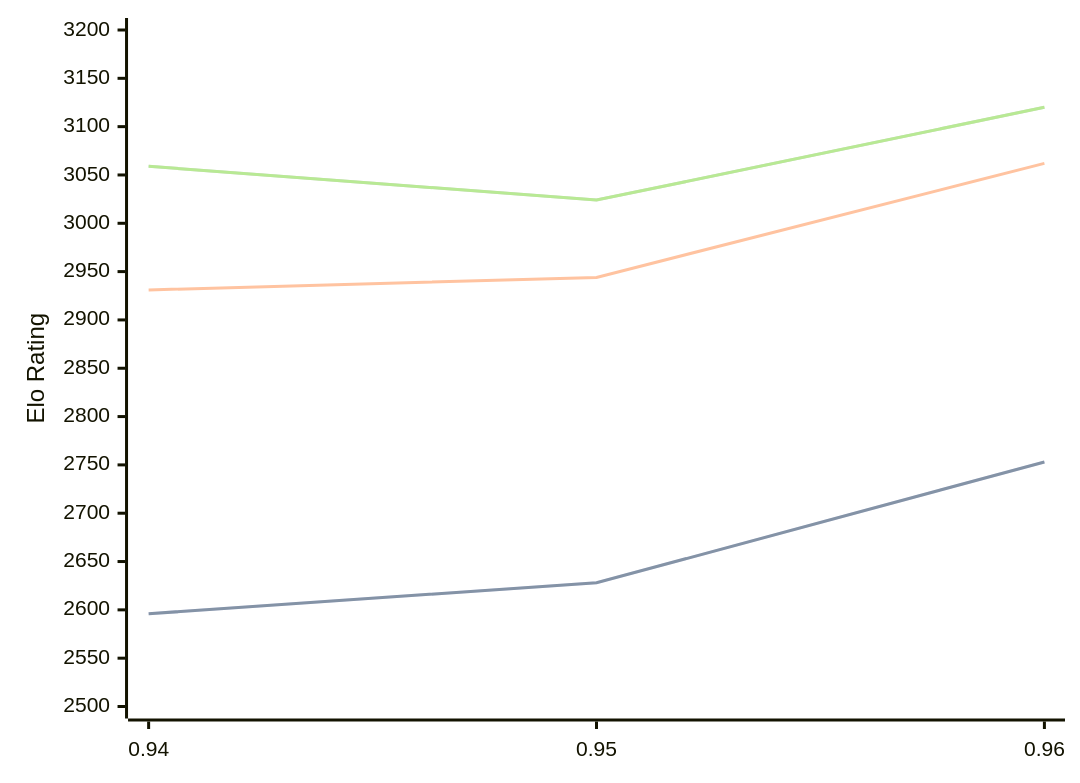
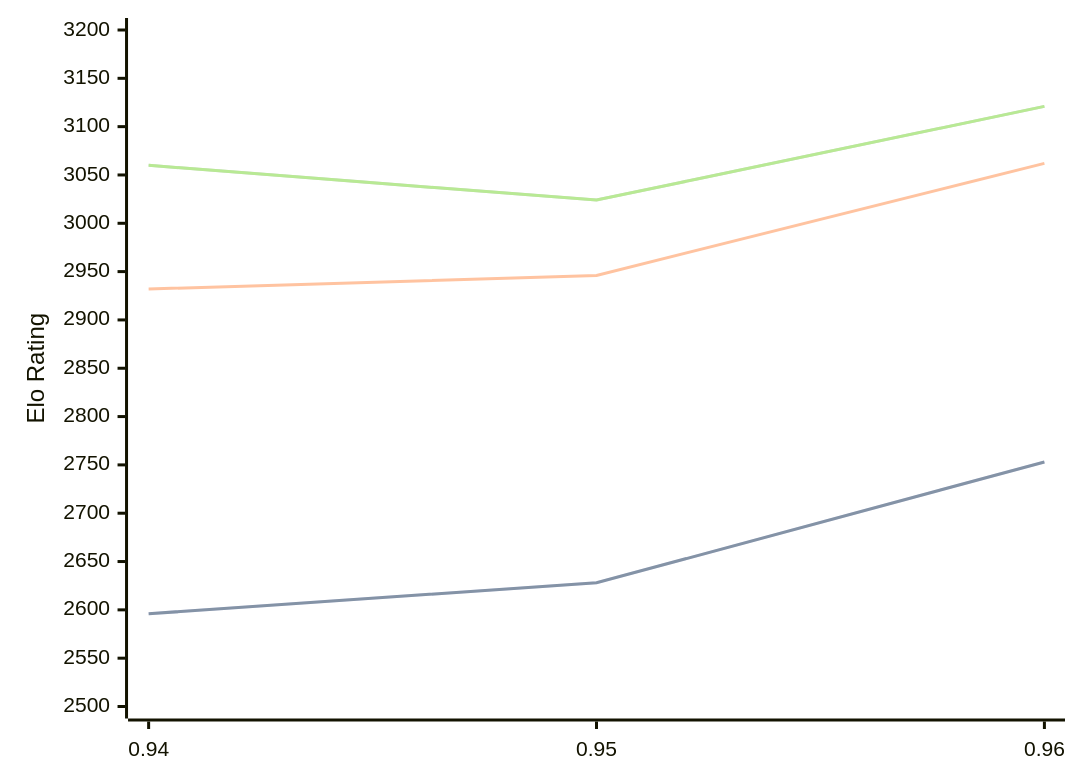
Before and after one commit to computer-chess-index/cci: the diagram in engines/Myrddin.md, drawn with Mermaid. The commit also changed other lines of this file, not shown here.

Commit message:
Update CCI Ratings (ELO VLTC) - 2026-09-10

````diff
--- a/engines/Myrddin.md
+++ b/engines/Myrddin.md
@@ -33,11 +33,11 @@
 ```mermaid
 %%{init: {"theme":"base","themeVariables":{"seriesColors:['#a3a3a3','#222221','#faa371']}}}%%
 xychart-beta
   x-axis ["0.94", "0.95", "0.96"]
   y-axis "Elo Rating" 2500 --> 3200
   line "" [2596, 2628, 2753]
   line "STC (8.0+0.08s)" [2596, 2628, 2753]
-  line "LTC (60.0+0.60s)" [2931, 2944, 3062]
-  line "" [3059, 3024, 3120]
-  line "VLTC (2m24s+1.12s)" [3059, 3024, 3120]
+  line "LTC (60.0+0.60s)" [2932, 2946, 3062]
+  line "" [3060, 3024, 3121]
+  line "VLTC (2m24s+1.12s)" [3060, 3024, 3121]
 ```
````
